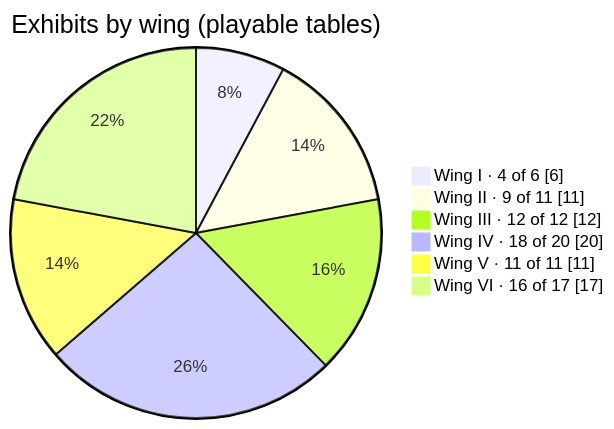
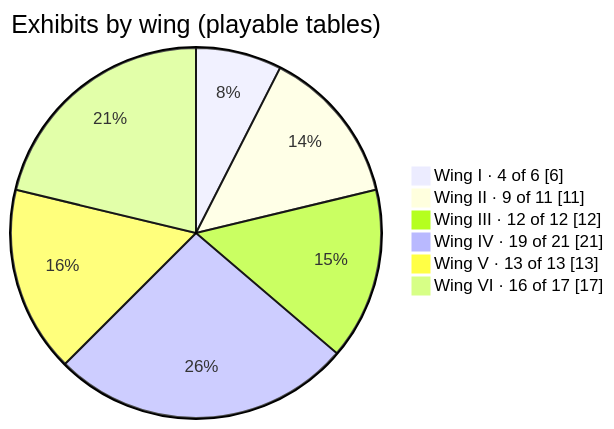
The first of 8 diagrams in docs/exhibits.md (CptNope/Librarium-Archives), drawn with Mermaid before and after one commit. The commit also changed other lines of this file and 40 other files, not shown here.

````diff
--- a/docs/exhibits.md
+++ b/docs/exhibits.md
@@ -7,10 +7,10 @@
 ```mermaid
 pie showData
     title Exhibits by wing (playable tables)
     "Wing I · 4 of 6" : 6
     "Wing II · 9 of 11" : 11
     "Wing III · 12 of 12" : 12
-    "Wing IV · 18 of 20" : 20
-    "Wing V · 11 of 11" : 11
+    "Wing IV · 19 of 21" : 21
+    "Wing V · 13 of 13" : 13
     "Wing VI · 16 of 17" : 17
 ```
````
